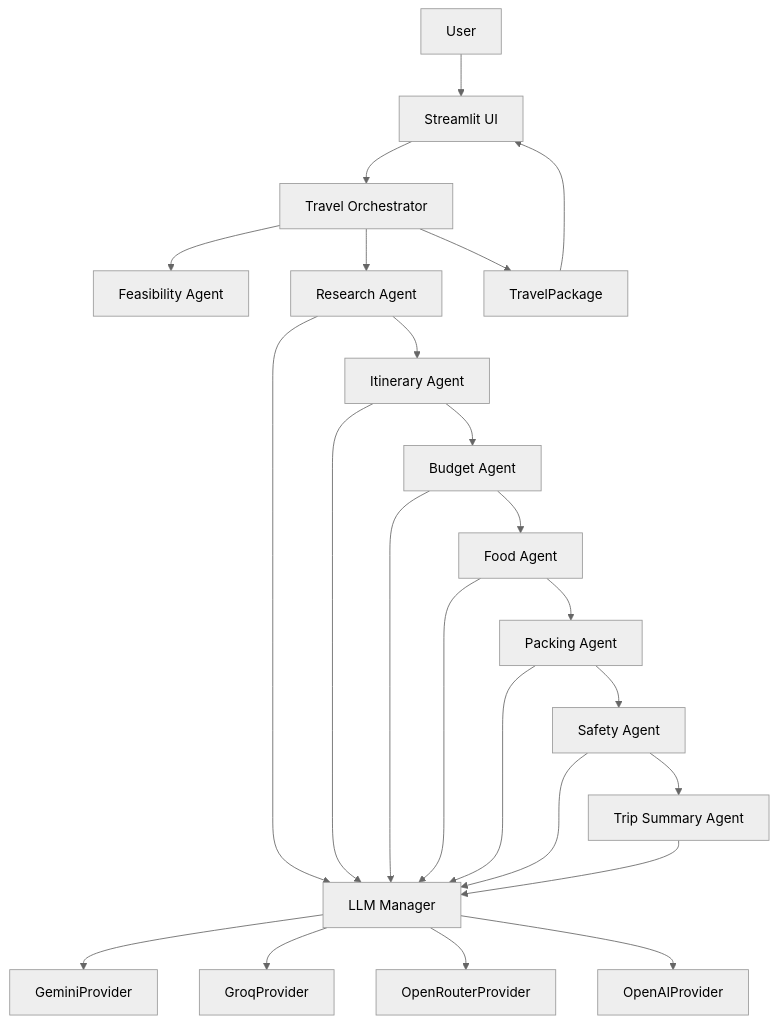
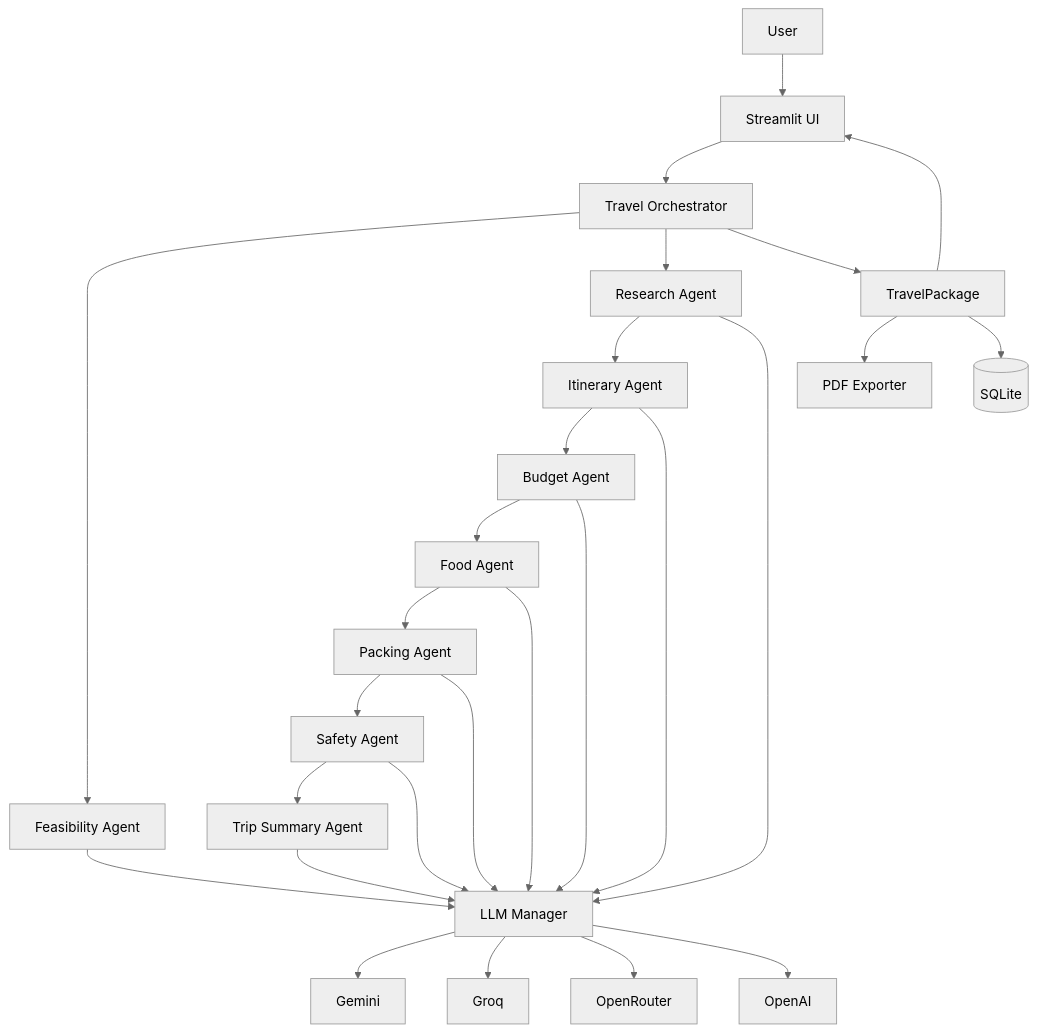
One commit to TheyjakshayaSambathraj/travel_planner changed the first of 2 diagrams in README.md. Above: the diagram before and after it, drawn with Mermaid (neutral theme). The commit also changed other lines of this file and 16 other files, not shown here.

````diff
--- a/README.md
+++ b/README.md
@@ -36,26 +26,29 @@
 ```mermaid
 flowchart TD
     U[User] --> UI[Streamlit UI]
     UI --> O[Travel Orchestrator]
     O --> X[Feasibility Agent]
     O --> R[Research Agent]
     R --> I[Itinerary Agent]
     I --> B[Budget Agent]
     B --> F[Food Agent]
     F --> P[Packing Agent]
     P --> S[Safety Agent]
     S --> T[Trip Summary Agent]
-    R --> M[LLM Manager]
+    X --> M[LLM Manager]
+    R --> M
     I --> M
     B --> M
     F --> M
     P --> M
     S --> M
     T --> M
-    M --> P1[GeminiProvider]
-    M --> P2[GroqProvider]
-    M --> P3[OpenRouterProvider]
-    M --> P4[OpenAIProvider]
-    O --> X1[TravelPackage]
-    X1 --> UI
+    M --> P1[Gemini]
+    M --> P2[Groq]
+    M --> P3[OpenRouter]
+    M --> P4[OpenAI]
+    O --> PKG[TravelPackage]
+    PKG --> UI
+    PKG --> PDF[PDF Exporter]
+    PKG --> DB[(SQLite)]
 ```
````
